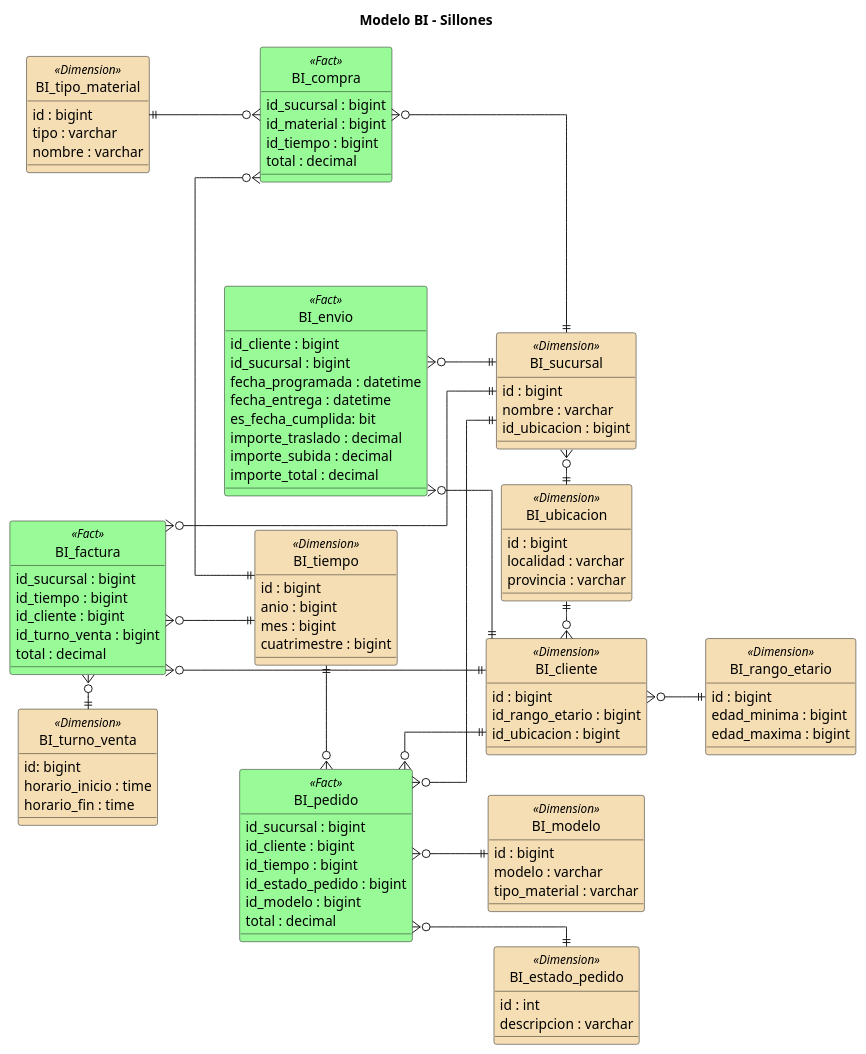
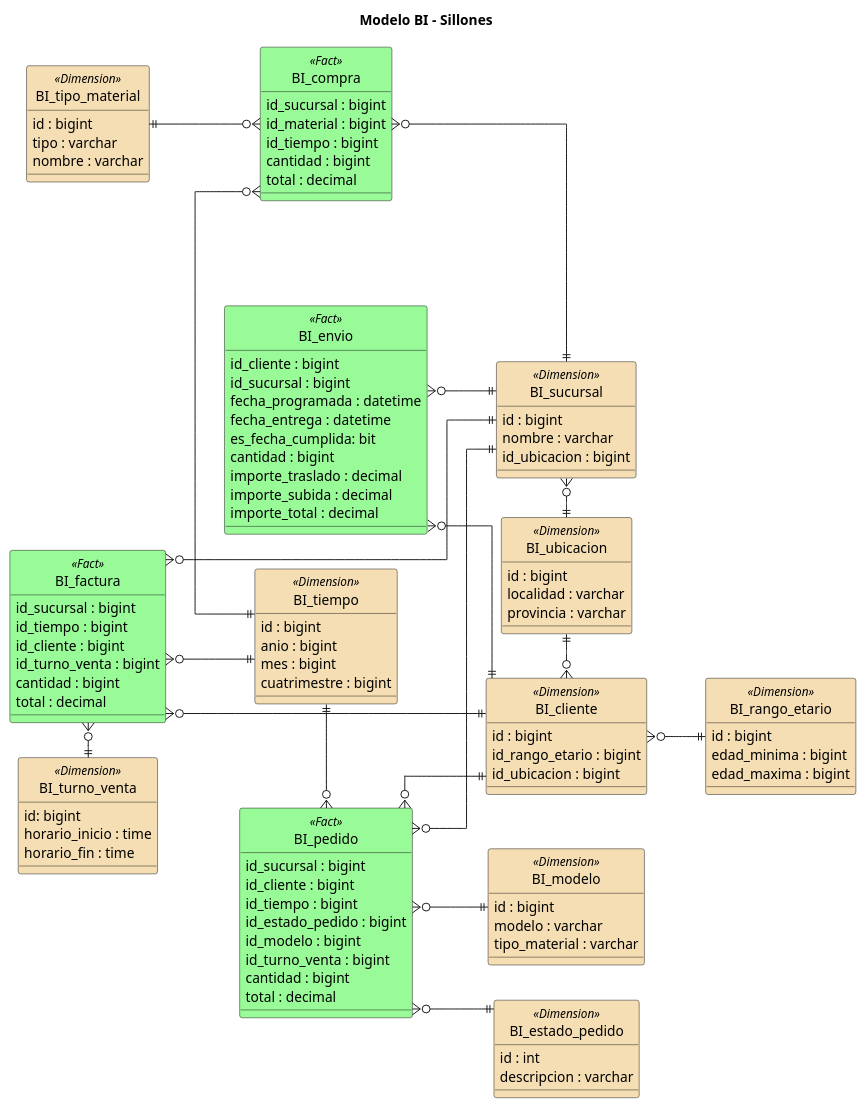
The diagram in der/bi_der.puml (andrycarrasco/rejunte-sa-91), drawn with PlantUML before and after one commit. The commit also changed 1 other file, not shown here.

```diff
--- a/der/bi_der.puml
+++ b/der/bi_der.puml
@@ -1,142 +1,132 @@
 @startuml Modelo BI - Sillones
 skinparam linetype ortho
 hide circle
 skinparam shadowing false
 title Modelo BI - Sillones
 left to right direction
 
 skinparam class {
   BackgroundColor<<Fact>> PaleGreen
   BackgroundColor<<Dimension>> Wheat
 }
 
 ' Hechos
 entity BI_factura <<Fact>> {
     id_sucursal : bigint
     id_tiempo : bigint
     id_cliente : bigint
-'    id_envio : bigint
     id_turno_venta : bigint
+    cantidad : bigint
     total : decimal
 }
 entity BI_pedido <<Fact>> {
     id_sucursal : bigint
     id_cliente : bigint
     id_tiempo : bigint
     id_estado_pedido : bigint
     id_modelo : bigint
+    id_turno_venta : bigint
+    cantidad : bigint
     total : decimal
 }
 
 entity BI_compra <<Fact>> {
     id_sucursal : bigint
     id_material : bigint
     id_tiempo : bigint
+    cantidad : bigint
     total : decimal
 }
-
-'entity BI_factura_x_compra <<Fact>> {
-'    id_sucursal : bigint
-'    id_tiempo : bigint
-'    id_factura : bigint
-'    id_compra : bigint
-'}
-'
-'entity BI_pedido_x_factura <<Fact>> {
-'    id_factura : bigint
-'    id_pedido : bigint
-'    id_sucursal : bigint
-'    id_cliente : bigint
-'}
 
 entity BI_envio <<Fact>> {
     id_cliente : bigint
     id_sucursal : bigint
     fecha_programada : datetime
     fecha_entrega : datetime
     es_fecha_cumplida: bit
+    cantidad : bigint
     importe_traslado : decimal
     importe_subida : decimal
     importe_total : decimal
 }
 
 ' Dimensiones
 entity BI_tiempo <<Dimension>> {
     id : bigint
     anio : bigint
     mes : bigint
     cuatrimestre : bigint
 }
 
 entity BI_ubicacion <<Dimension>> {
     id : bigint
     localidad : varchar
     provincia : varchar
 }
 
 entity BI_sucursal <<Dimension>> {
     id : bigint
     nombre : varchar
     id_ubicacion : bigint
 }
 
 entity BI_modelo <<Dimension>> {
     id : bigint
     modelo : varchar
     tipo_material : varchar
 }
 
 entity BI_rango_etario <<Dimension>> {
     id : bigint
     edad_minima : bigint
     edad_maxima : bigint
 }
 
 entity BI_turno_venta <<Dimension>> {
     id: bigint
     horario_inicio : time
     horario_fin : time
 }
 
 entity BI_estado_pedido <<Dimension>> {
     id : int
     descripcion : varchar
 }
 
 entity BI_tipo_material <<Dimension>> {
     id : bigint
     tipo : varchar
     nombre : varchar
 }
 
 entity BI_cliente <<Dimension>> {
     id : bigint
     id_rango_etario : bigint
     id_ubicacion : bigint
 }
 
 ' Relaciones
 BI_envio }o--|| BI_cliente
 BI_envio }o--|| BI_sucursal
 
 BI_factura }o--|| BI_sucursal
 BI_factura }o--|| BI_tiempo
 BI_factura }o--|| BI_cliente
 BI_factura }o-right-|| BI_turno_venta
 
 BI_pedido }o--|| BI_sucursal
 BI_pedido }o--|| BI_cliente
 BI_pedido }o-left-|| BI_tiempo
 BI_pedido }o--|| BI_estado_pedido
 BI_pedido }o--|| BI_modelo
 
 BI_compra }o-down-|| BI_sucursal
 BI_compra }o-up-|| BI_tipo_material
 BI_compra }o-right-|| BI_tiempo
 
 BI_cliente }o--|| BI_rango_etario
 
 BI_ubicacion ||-left-o{ BI_sucursal
 BI_ubicacion ||-right-o{ BI_cliente
 
 @enduml
```
